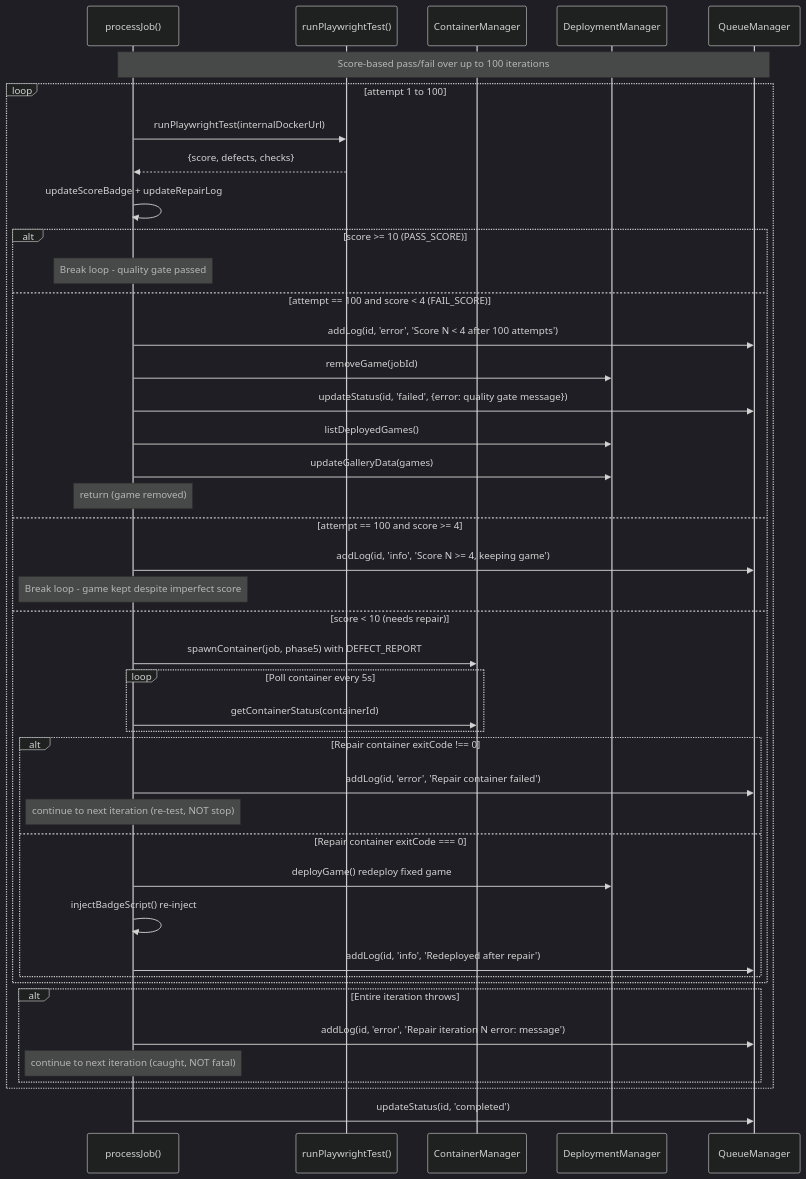
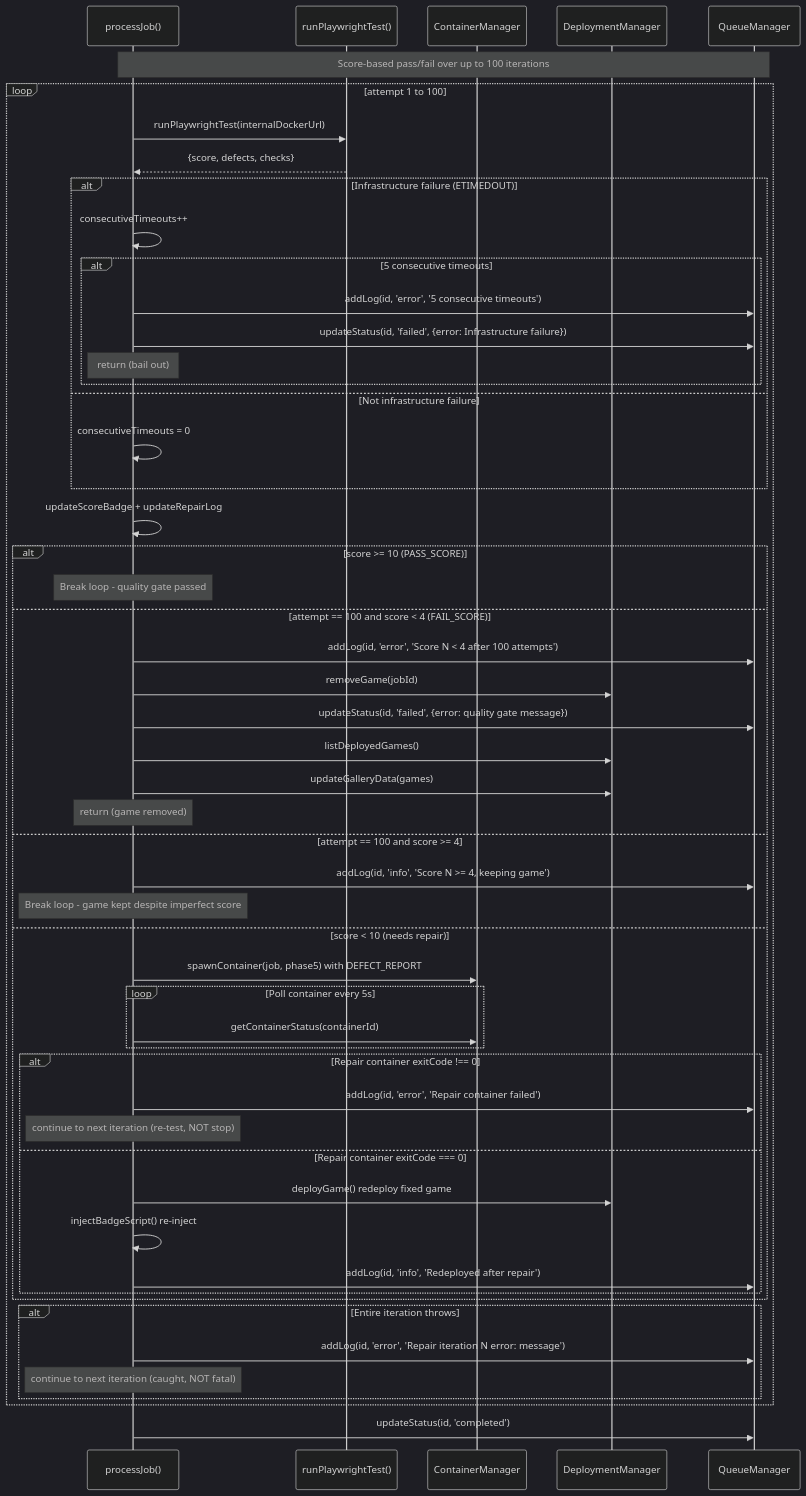
One commit to J-Gierend/gamePocGen changed the fifth of 10 diagrams in AI/document/10-error-handling.md. Above: the diagram before and after it, drawn with Mermaid (dark theme). The commit also changed other lines of this file and 5 other files, not shown here.

````diff
--- a/AI/document/10-error-handling.md
+++ b/AI/document/10-error-handling.md
@@ -105,51 +114,63 @@
 ```mermaid
 sequenceDiagram
     participant PJ as processJob()
     participant GT as runPlaywrightTest()
     participant CM as ContainerManager
     participant DM as DeploymentManager
     participant QM as QueueManager
 
     Note over PJ,QM: Score-based pass/fail over up to 100 iterations
 
     loop attempt 1 to 100
         PJ->>GT: runPlaywrightTest(internalDockerUrl)
         GT-->>PJ: {score, defects, checks}
+
+        alt Infrastructure failure (ETIMEDOUT)
+            PJ->>PJ: consecutiveTimeouts++
+            alt 5 consecutive timeouts
+                PJ->>QM: addLog(id, 'error', '5 consecutive timeouts')
+                PJ->>QM: updateStatus(id, 'failed', {error: Infrastructure failure})
+                Note over PJ: return (bail out)
+            end
+        else Not infrastructure failure
+            PJ->>PJ: consecutiveTimeouts = 0
+        end
+
         PJ->>PJ: updateScoreBadge + updateRepairLog
 
         alt score >= 10 (PASS_SCORE)
             Note over PJ: Break loop - quality gate passed
         else attempt == 100 and score < 4 (FAIL_SCORE)
             PJ->>QM: addLog(id, 'error', 'Score N < 4 after 100 attempts')
             PJ->>DM: removeGame(jobId)
             PJ->>QM: updateStatus(id, 'failed', {error: quality gate message})
             PJ->>DM: listDeployedGames()
             PJ->>DM: updateGalleryData(games)
             Note over PJ: return (game removed)
         else attempt == 100 and score >= 4
             PJ->>QM: addLog(id, 'info', 'Score N >= 4, keeping game')
             Note over PJ: Break loop - game kept despite imperfect score
         else score < 10 (needs repair)
             PJ->>CM: spawnContainer(job, phase5) with DEFECT_REPORT
             loop Poll container every 5s
                 PJ->>CM: getContainerStatus(containerId)
             end
 
             alt Repair container exitCode !== 0
                 PJ->>QM: addLog(id, 'error', 'Repair container failed')
                 Note over PJ: continue to next iteration (re-test, NOT stop)
             else Repair container exitCode === 0
                 PJ->>DM: deployGame() redeploy fixed game
                 PJ->>PJ: injectBadgeScript() re-inject
                 PJ->>QM: addLog(id, 'info', 'Redeployed after repair')
             end
         end
 
         alt Entire iteration throws
             PJ->>QM: addLog(id, 'error', 'Repair iteration N error: message')
             Note over PJ: continue to next iteration (caught, NOT fatal)
         end
     end
 
     PJ->>QM: updateStatus(id, 'completed')
 ```
````
